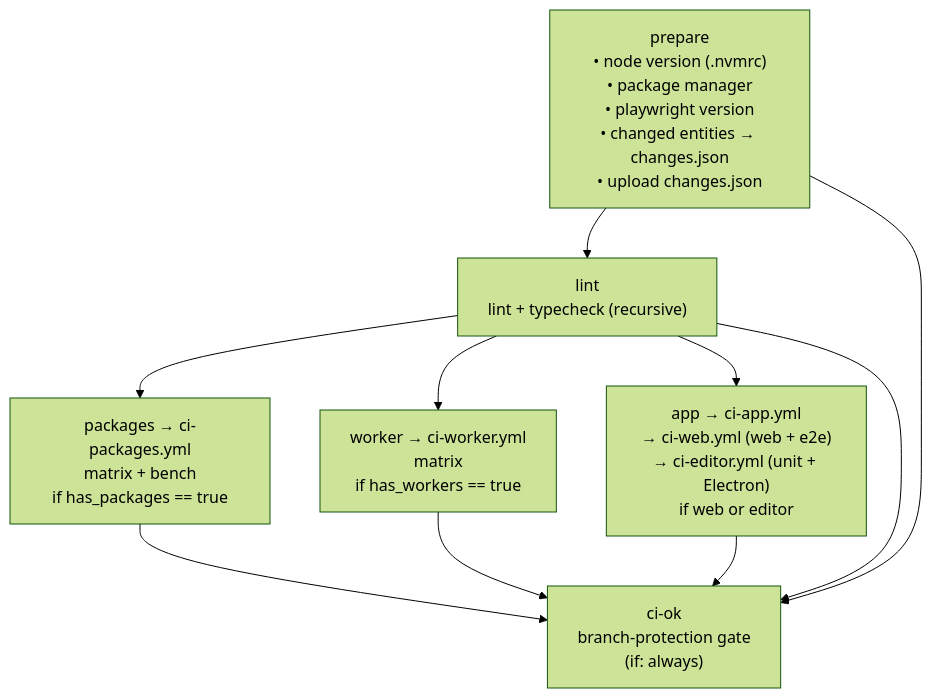
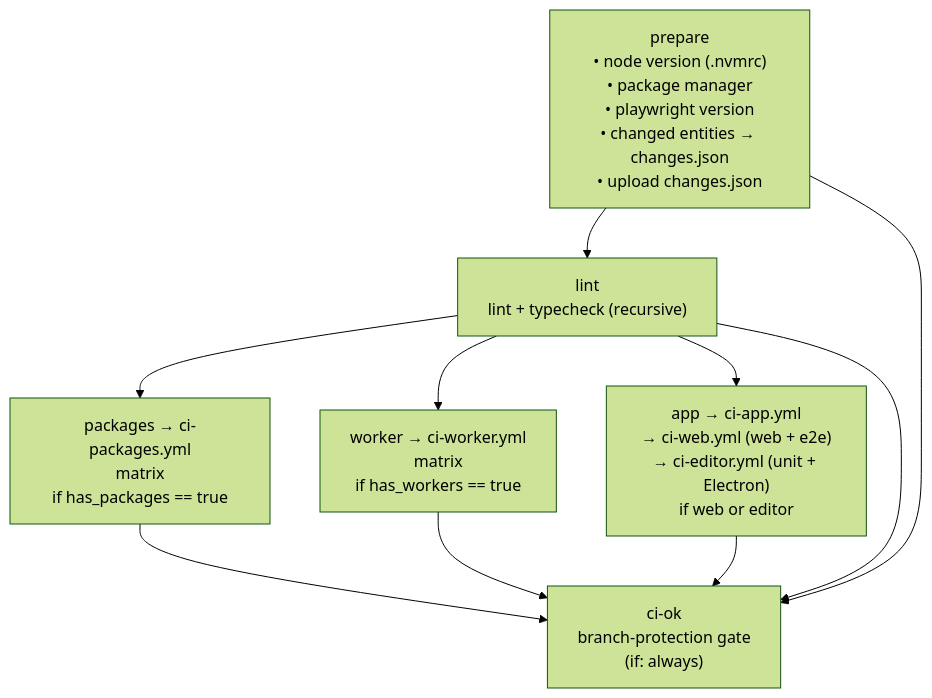
Before and after one commit to soroush-tech/core: the second of 6 diagrams in .github/workflows/README.md, drawn with Mermaid (forest theme). The commit also changed 4 other files, not shown here.

````diff
--- a/.github/workflows/README.md
+++ b/.github/workflows/README.md
@@ -83,19 +83,19 @@
 ```mermaid
 flowchart TD
     prepare["prepare<br/>• node version (.nvmrc)<br/>• package manager<br/>• playwright version<br/>• changed entities → changes.json<br/>• upload changes.json"]
     lint["lint<br/>lint + typecheck (recursive)"]
-    packages["packages → ci-packages.yml<br/>matrix + bench<br/>if has_packages == true"]
+    packages["packages → ci-packages.yml<br/>matrix<br/>if has_packages == true"]
     worker["worker → ci-worker.yml<br/>matrix<br/>if has_workers == true"]
     app["app → ci-app.yml<br/>→ ci-web.yml (web + e2e)<br/>→ ci-editor.yml (unit + Electron)<br/>if web or editor"]
     ciok["ci-ok<br/>branch-protection gate<br/>(if: always)"]
 
     prepare --> lint
     lint --> packages
     lint --> worker
     lint --> app
     packages --> ciok
     worker --> ciok
     app --> ciok
     lint --> ciok
     prepare --> ciok
 ```
````
